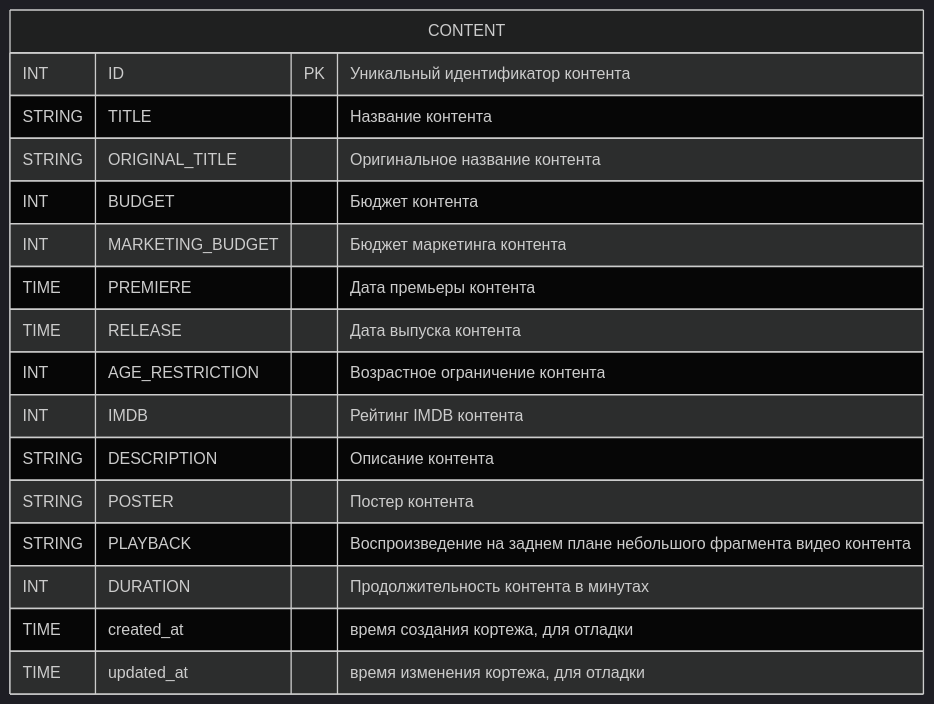
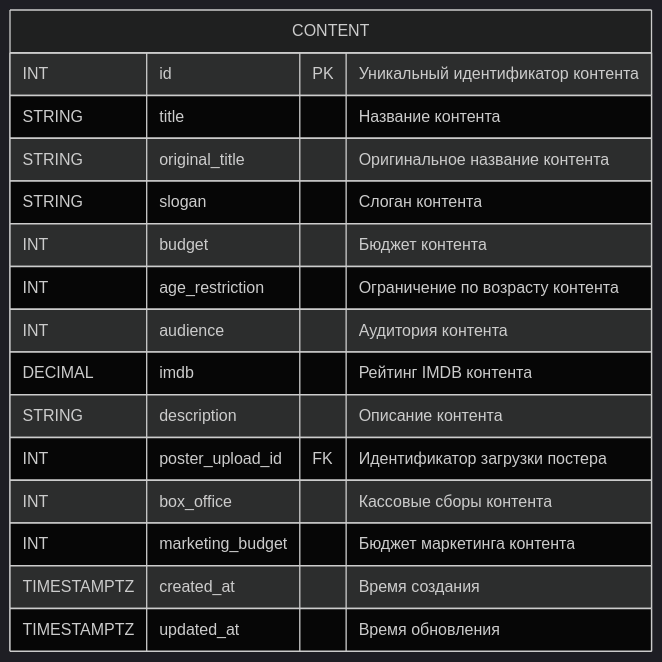
Before and after one commit to go-park-mail-ru/2024_1_Cyberkotletki: the fifth of 15 diagrams in db/normalized/relations.md, drawn with Mermaid (dark theme). The commit also changed other lines of this file and 3 other files, not shown here.

````diff
--- a/db/normalized/relations.md
+++ b/db/normalized/relations.md
@@ -239,20 +123,19 @@
 ```mermaid
 erDiagram
     CONTENT {
-        INT ID PK "Уникальный идентификатор контента"
-        STRING TITLE "Название контента"
-        STRING ORIGINAL_TITLE "Оригинальное название контента"
-        INT BUDGET "Бюджет контента"
-        INT MARKETING_BUDGET "Бюджет маркетинга контента"
-        TIME PREMIERE "Дата премьеры контента"
-        TIME RELEASE "Дата выпуска контента"
-        INT AGE_RESTRICTION "Возрастное ограничение контента"
-        INT IMDB "Рейтинг IMDB контента"
-        STRING DESCRIPTION "Описание контента"
-        STRING POSTER "Постер контента"
-        STRING PLAYBACK "Воспроизведение на заднем плане небольшого фрагмента видео контента"
-        INT DURATION "Продолжительность контента в минутах"
-        TIME created_at "время создания кортежа, для отладки"
-        TIME updated_at "время изменения кортежа, для отладки"
+        INT id PK "Уникальный идентификатор контента"
+        STRING title "Название контента"
+        STRING original_title "Оригинальное название контента"
+        STRING slogan "Слоган контента"
+        INT budget "Бюджет контента"
+        INT age_restriction "Ограничение по возрасту контента"
+        INT audience "Аудитория контента"
+        DECIMAL imdb "Рейтинг IMDB контента"
+        STRING description "Описание контента"
+        INT poster_upload_id FK "Идентификатор загрузки постера"
+        INT box_office "Кассовые сборы контента"
+        INT marketing_budget "Бюджет маркетинга контента"
+        TIMESTAMPTZ created_at "Время создания"
+        TIMESTAMPTZ updated_at "Время обновления"
     }
 ```
````
